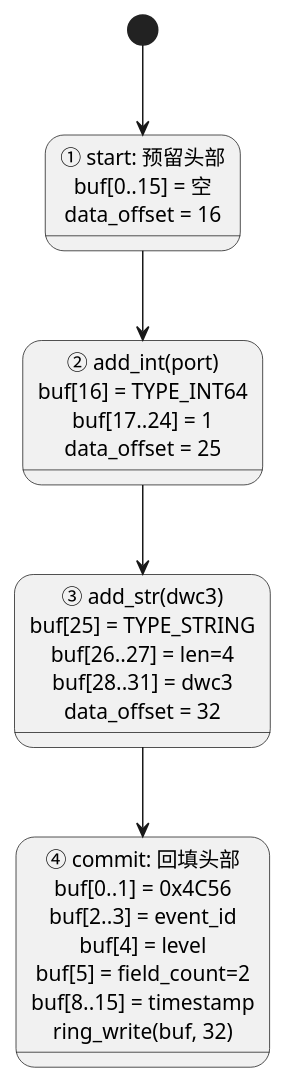
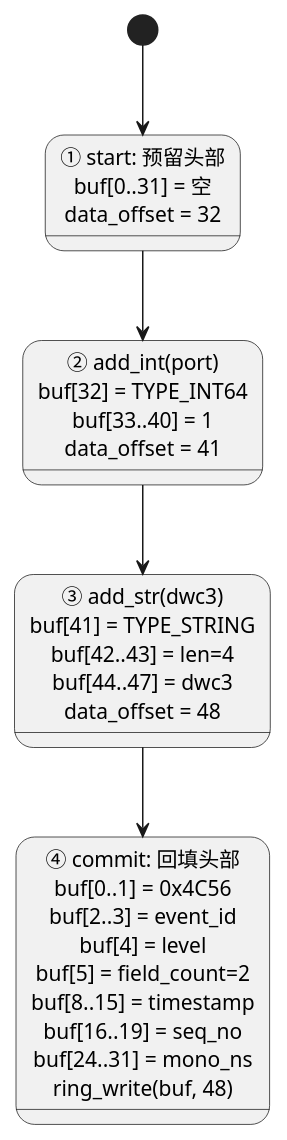
One commit to lechao365/AndroidSystemEnhance changed diagram 11 of 16 in docs/01-打点增强/01.01-内核态增强-lcview-kernel.md. Above: the diagram before and after it, drawn with PlantUML. The commit also changed other lines of this file and 146 other files, not shown here.

````diff
--- a/docs/01-打点增强/01.01-内核态增强-lcview-kernel.md
+++ b/docs/01-打点增强/01.01-内核态增强-lcview-kernel.md
@@ -549,12 +566,12 @@
 ```plantuml
 @startuml
-state "① start: 预留头部\nbuf[0..15] = 空\ndata_offset = 16" as s1
-state "② add_int(port)\nbuf[16] = TYPE_INT64\nbuf[17..24] = 1\ndata_offset = 25" as s2
-state "③ add_str(dwc3)\nbuf[25] = TYPE_STRING\nbuf[26..27] = len=4\nbuf[28..31] = dwc3\ndata_offset = 32" as s3
-state "④ commit: 回填头部\nbuf[0..1] = 0x4C56\nbuf[2..3] = event_id\nbuf[4] = level\nbuf[5] = field_count=2\nbuf[8..15] = timestamp\nring_write(buf, 32)" as s4
+state "① start: 预留头部\nbuf[0..31] = 空\ndata_offset = 32" as s1
+state "② add_int(port)\nbuf[32] = TYPE_INT64\nbuf[33..40] = 1\ndata_offset = 41" as s2
+state "③ add_str(dwc3)\nbuf[41] = TYPE_STRING\nbuf[42..43] = len=4\nbuf[44..47] = dwc3\ndata_offset = 48" as s3
+state "④ commit: 回填头部\nbuf[0..1] = 0x4C56\nbuf[2..3] = event_id\nbuf[4] = level\nbuf[5] = field_count=2\nbuf[8..15] = timestamp\nbuf[16..19] = seq_no\nbuf[24..31] = mono_ns\nring_write(buf, 48)" as s4
 [*] --> s1
 s1 --> s2
 s2 --> s3
 s3 --> s4
 @enduml
 ```
````
